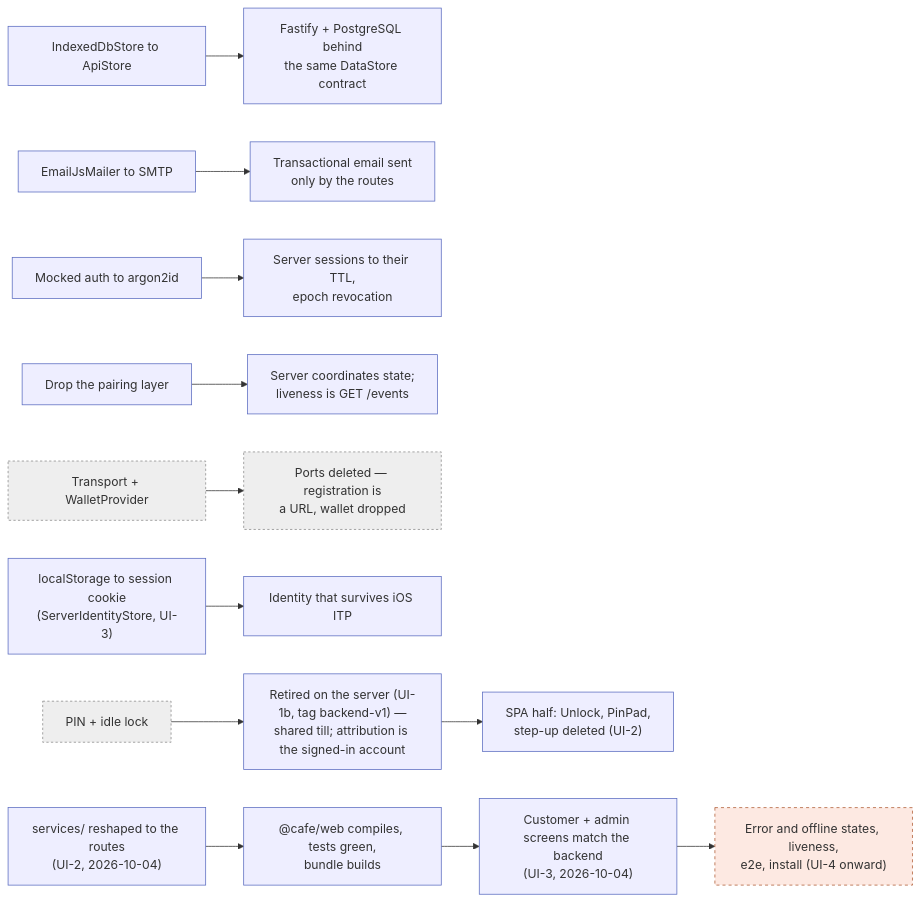
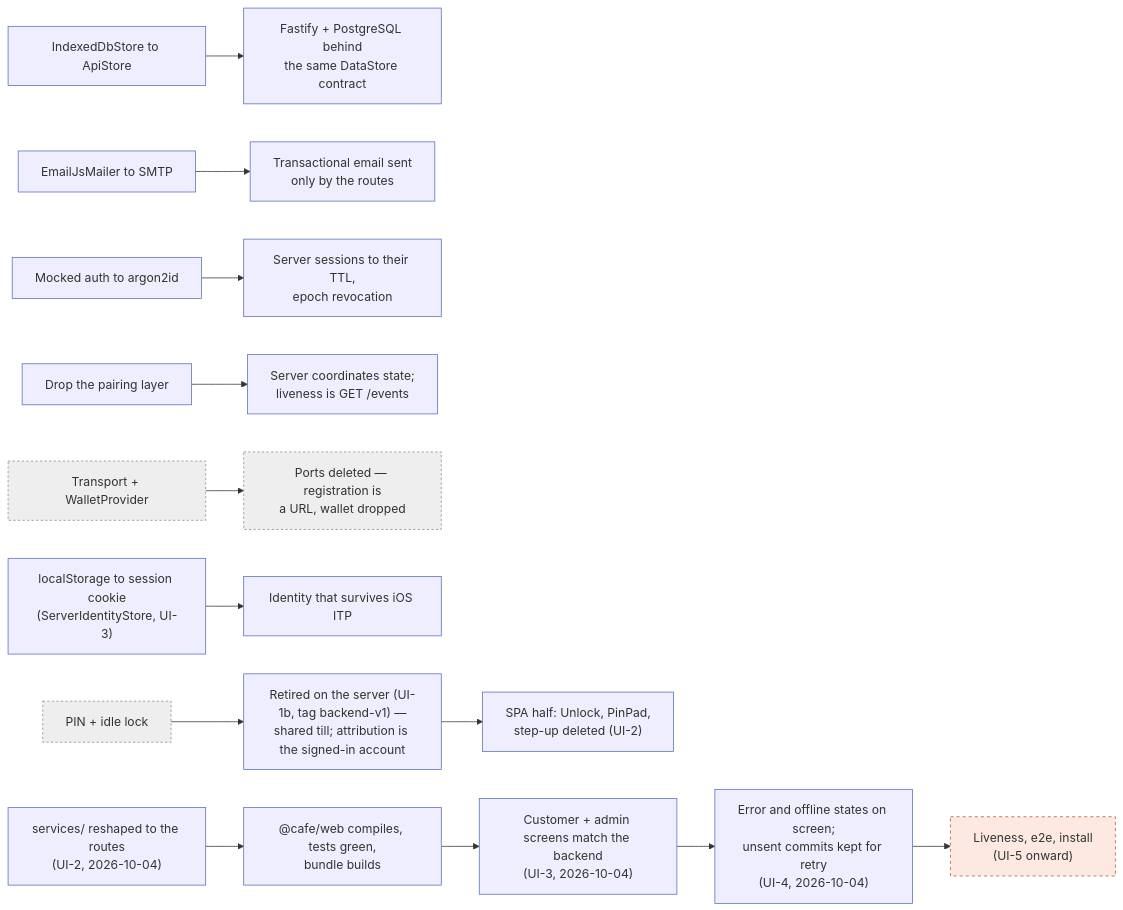
The sixth of 6 diagrams in README.md (misch0n/loyalty-system), drawn with Mermaid before and after one commit. The commit also changed other lines of this file and 45 other files, not shown here.

First line of the commit message:
feat(web): UI-4 — error and offline states on screen

````diff
--- a/README.md
+++ b/README.md
@@ -566,18 +568,19 @@
 ```mermaid
 flowchart LR
     A["IndexedDbStore to ApiStore"]:::done --> B["Fastify + PostgreSQL behind<br/>the same DataStore contract"]:::done
     E["EmailJsMailer to SMTP"]:::done --> F["Transactional email sent<br/>only by the routes"]:::done
     K["Mocked auth to argon2id"]:::done --> L["Server sessions to their TTL,<br/>epoch revocation"]:::done
     M["Drop the pairing layer"]:::done --> N["Server coordinates state;<br/>liveness is GET /events"]:::done
     O["Transport + WalletProvider"]:::cut --> P["Ports deleted — registration is<br/>a URL, wallet dropped"]:::cut
     G["localStorage to session cookie<br/>(ServerIdentityStore, UI-3)"]:::done --> H["Identity that survives iOS ITP"]:::done
     Q["services/ reshaped to the routes<br/>(UI-2, 2026-10-04)"]:::done --> R["@cafe/web compiles, tests green,<br/>bundle builds"]:::done
     S["PIN + idle lock"]:::cut --> T["Retired on the server (UI-1b, tag backend-v1) —<br/>shared till; attribution is the signed-in account"]:::done
     T --> U["SPA half: Unlock, PinPad,<br/>step-up deleted (UI-2)"]:::done
     R --> W["Customer + admin screens match the backend<br/>(UI-3, 2026-10-04)"]:::done
-    W --> V["Error and offline states, liveness,<br/>e2e, install (UI-4 onward)"]:::todo
+    W --> X["Error and offline states on screen;<br/>unsent commits kept for retry<br/>(UI-4, 2026-10-04)"]:::done
+    X --> V["Liveness, e2e, install<br/>(UI-5 onward)"]:::todo
 
     classDef done fill:#eef,stroke:#5b6cc0;
     classDef cut fill:#eee,stroke:#888,stroke-dasharray:3;
     classDef todo fill:#fde9e2,stroke:#af5a33,stroke-dasharray:4;
 ```
````
